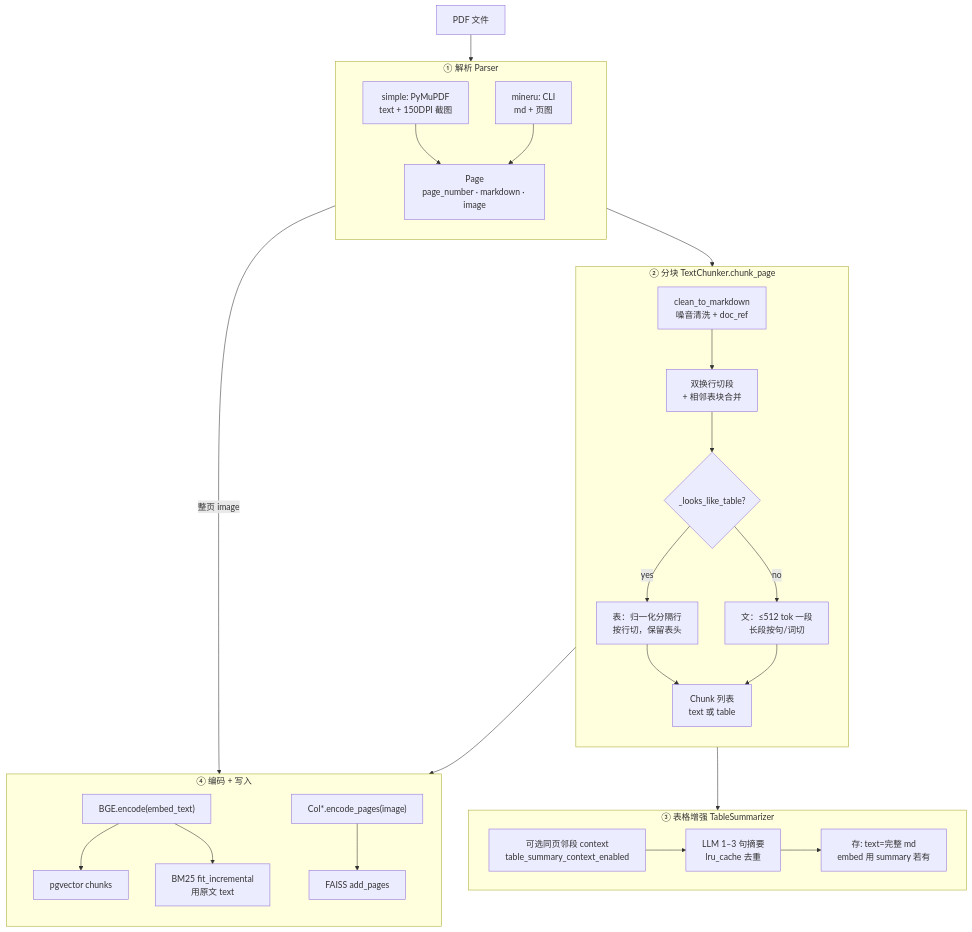
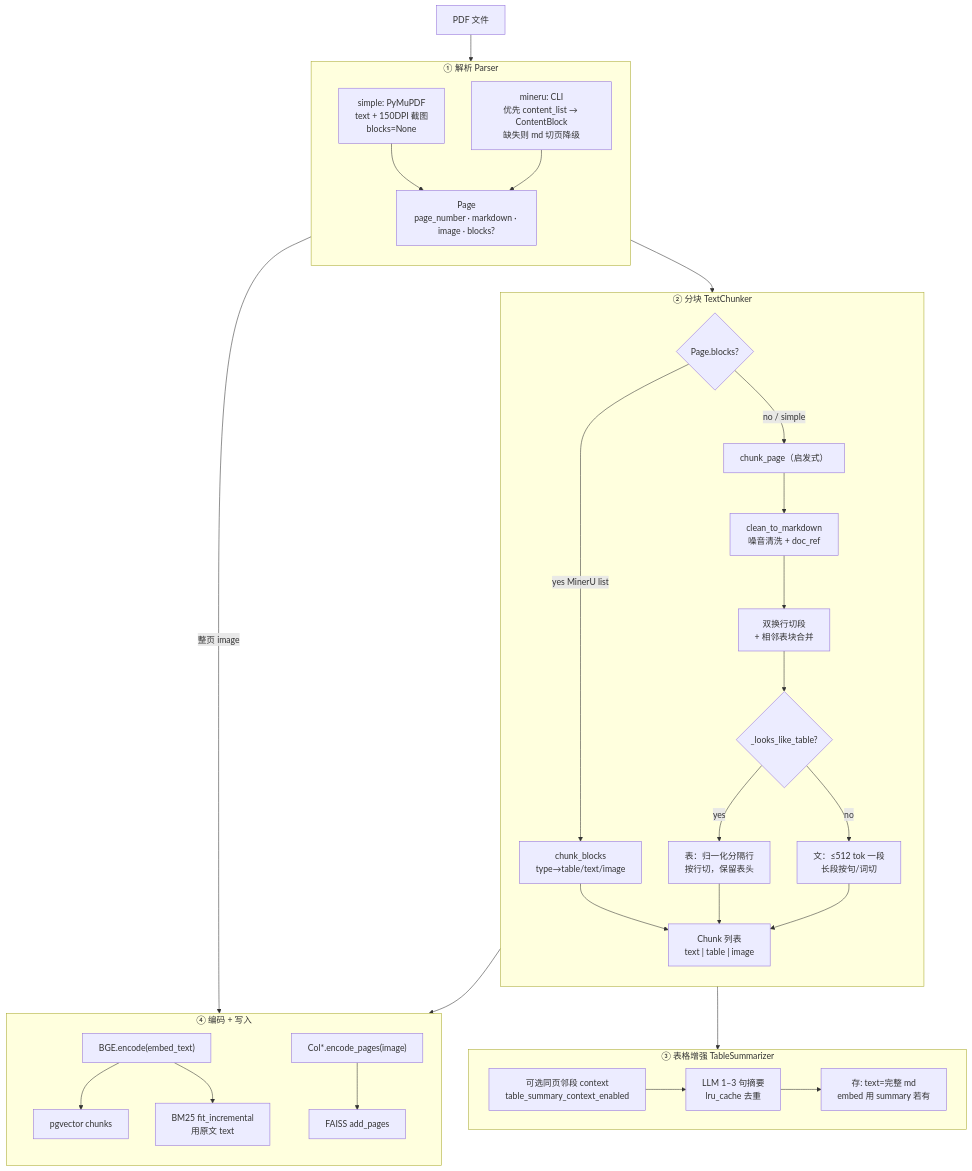
The first of 6 diagrams in docs/architecture/content-pipeline.md (zyascend/prism-rag), drawn with Mermaid before and after one commit. The commit also changed 9 other files, not shown here.

First line of the commit message:
feat(ingest): Phase A2 MinerU content_list 类型化分块

````diff
--- a/docs/architecture/content-pipeline.md
+++ b/docs/architecture/content-pipeline.md
@@ -38,52 +38,56 @@
 ```mermaid
 flowchart TB
   PDF["PDF 文件"]
 
   subgraph Parse["① 解析 Parser"]
     direction TB
-    SP["simple: PyMuPDF<br/>text + 150DPI 截图"]
-    MU["mineru: CLI<br/>md + 页图"]
-    Page["Page<br/>page_number · markdown · image"]
+    SP["simple: PyMuPDF<br/>text + 150DPI 截图<br/>blocks=None"]
+    MU["mineru: CLI<br/>优先 content_list → ContentBlock<br/>缺失则 md 切页降级"]
+    Page["Page<br/>page_number · markdown · image · blocks?"]
     SP --> Page
     MU --> Page
   end
 
-  subgraph Chunk["② 分块 TextChunker.chunk_page"]
+  subgraph Chunk["② 分块 TextChunker"]
     direction TB
+    Path{"Page.blocks?"}
+    CB["chunk_blocks<br/>type→table/text/image"]
+    CP["chunk_page（启发式）"]
     Clean["clean_to_markdown<br/>噪音清洗 + doc_ref"]
     Split["双换行切段<br/>+ 相邻表块合并"]
     Branch{"_looks_like_table?"}
     TSplit["表：归一化分隔行<br/>按行切，保留表头"]
     XSplit["文：≤512 tok 一段<br/>长段按句/词切"]
-    Chunks["Chunk 列表<br/>text 或 table"]
-    Clean --> Split --> Branch
+    Chunks["Chunk 列表<br/>text | table | image"]
+    Path -->|yes MinerU list| CB --> Chunks
+    Path -->|no / simple| CP --> Clean --> Split --> Branch
     Branch -->|yes| TSplit --> Chunks
     Branch -->|no| XSplit --> Chunks
   end
 
   subgraph Enrich["③ 表格增强 TableSummarizer"]
     direction LR
     Ctx["可选同页邻段 context<br/>table_summary_context_enabled"]
     Sum["LLM 1–3 句摘要<br/>lru_cache 去重"]
     Dual["存: text=完整 md<br/>embed 用 summary 若有"]
     Ctx --> Sum --> Dual
   end
 
   subgraph Encode["④ 编码 + 写入"]
     direction TB
     BGE["BGE.encode(embed_text)"]
     PG["pgvector chunks"]
     BM["BM25 fit_incremental<br/>用原文 text"]
     Col["Col*.encode_pages(image)"]
     FA["FAISS add_pages"]
     BGE --> PG
     BGE --> BM
     Col --> FA
   end
 
   PDF --> Parse
   Page --> Chunk
   Chunks --> Enrich
   Chunks --> Encode
   Page -->|整页 image| Encode
 ```
````
